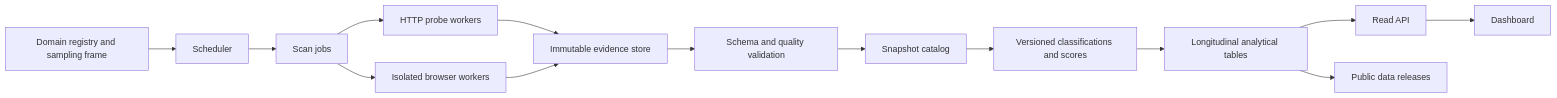
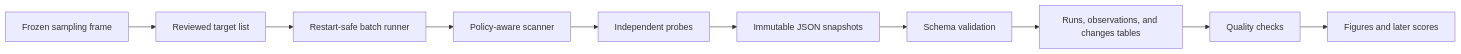
Before and after one commit to abigaelkipkorir12/web-openness-index: the diagram in docs/architecture.md, drawn with Mermaid. The commit also changed other lines of this file and 12 other files, not shown here.

````diff
--- a/docs/architecture.md
+++ b/docs/architecture.md
@@ -21,16 +15,12 @@
 ```mermaid
 flowchart LR
-    registry["Domain registry and sampling frame"] --> scheduler["Scheduler"]
-    scheduler --> queue["Scan jobs"]
-    queue --> http["HTTP probe workers"]
-    queue --> browser["Isolated browser workers"]
-    http --> evidence["Immutable evidence store"]
-    browser --> evidence
-    evidence --> validate["Schema and quality validation"]
-    validate --> catalog["Snapshot catalog"]
-    catalog --> transform["Versioned classifications and scores"]
-    transform --> analytics["Longitudinal analytical tables"]
-    analytics --> api["Read API"]
-    analytics --> exports["Public data releases"]
-    api --> dashboard["Dashboard"]
+    frame["Frozen sampling frame"] --> targets["Reviewed target list"]
+    targets --> runner["Restart-safe batch runner"]
+    runner --> scanner["Policy-aware scanner"]
+    scanner --> probes["Independent probes"]
+    probes --> snapshots["Immutable JSON snapshots"]
+    snapshots --> validate["Schema validation"]
+    validate --> tables["Runs, observations, and changes tables"]
+    tables --> quality["Quality checks"]
+    quality --> plots["Figures and later scores"]
 ```
````
